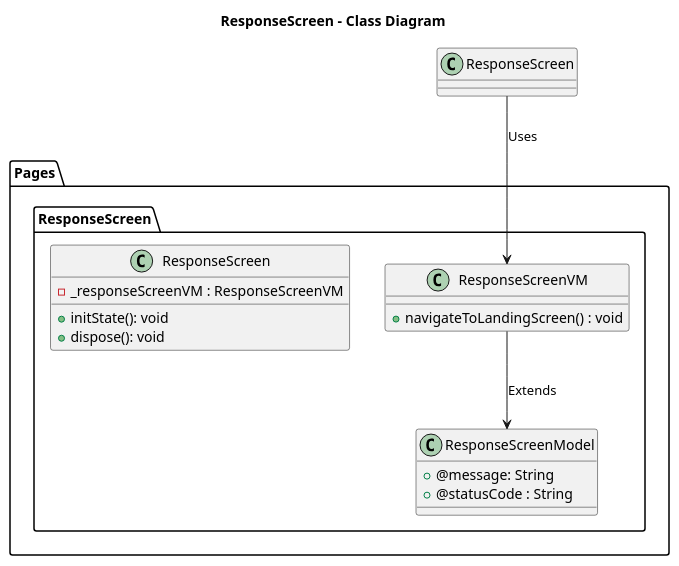
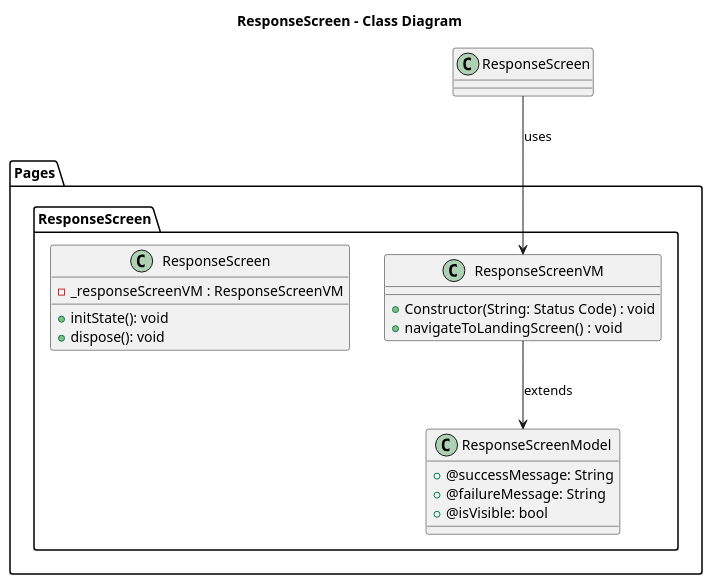
Before and after one commit to ThirumuruganArumugam/social_media: the diagram in lib/Pages/ResponseScreen/Design/ResponseScreen-Class.puml, drawn with PlantUML. The commit also changed 34 other files, not shown here.

Commit message:
Sequence update

```diff
--- a/lib/Pages/ResponseScreen/Design/ResponseScreen-Class.puml
+++ b/lib/Pages/ResponseScreen/Design/ResponseScreen-Class.puml
@@ -1,24 +1,26 @@
 @startuml ResponseScreen - Class
 
 title ResponseScreen - Class Diagram
 
 package Pages{
     package ResponseScreen{
         class ResponseScreenModel{
-            + @message: String
-            + @statusCode : String
+            + @successMessage: String
+            + @failureMessage: String
+            + @isVisible: bool
         }
         class ResponseScreenVM{
+            + Constructor(String: Status Code) : void
             + navigateToLandingScreen() : void
         }
         class ResponseScreen{
             - _responseScreenVM : ResponseScreenVM
             + initState(): void
             + dispose(): void
         }
     }
 }
 
-ResponseScreen --> ResponseScreenVM : Uses
-ResponseScreenVM --> ResponseScreenModel : Extends
+ResponseScreen --> ResponseScreenVM: uses
+ResponseScreenVM --> ResponseScreenModel : extends
 @enduml
```
